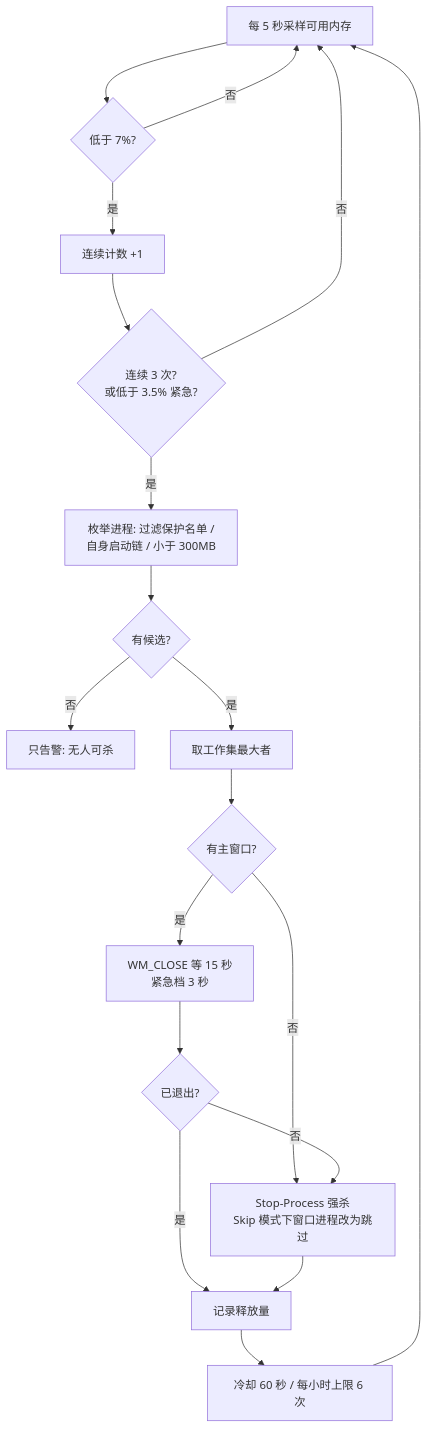
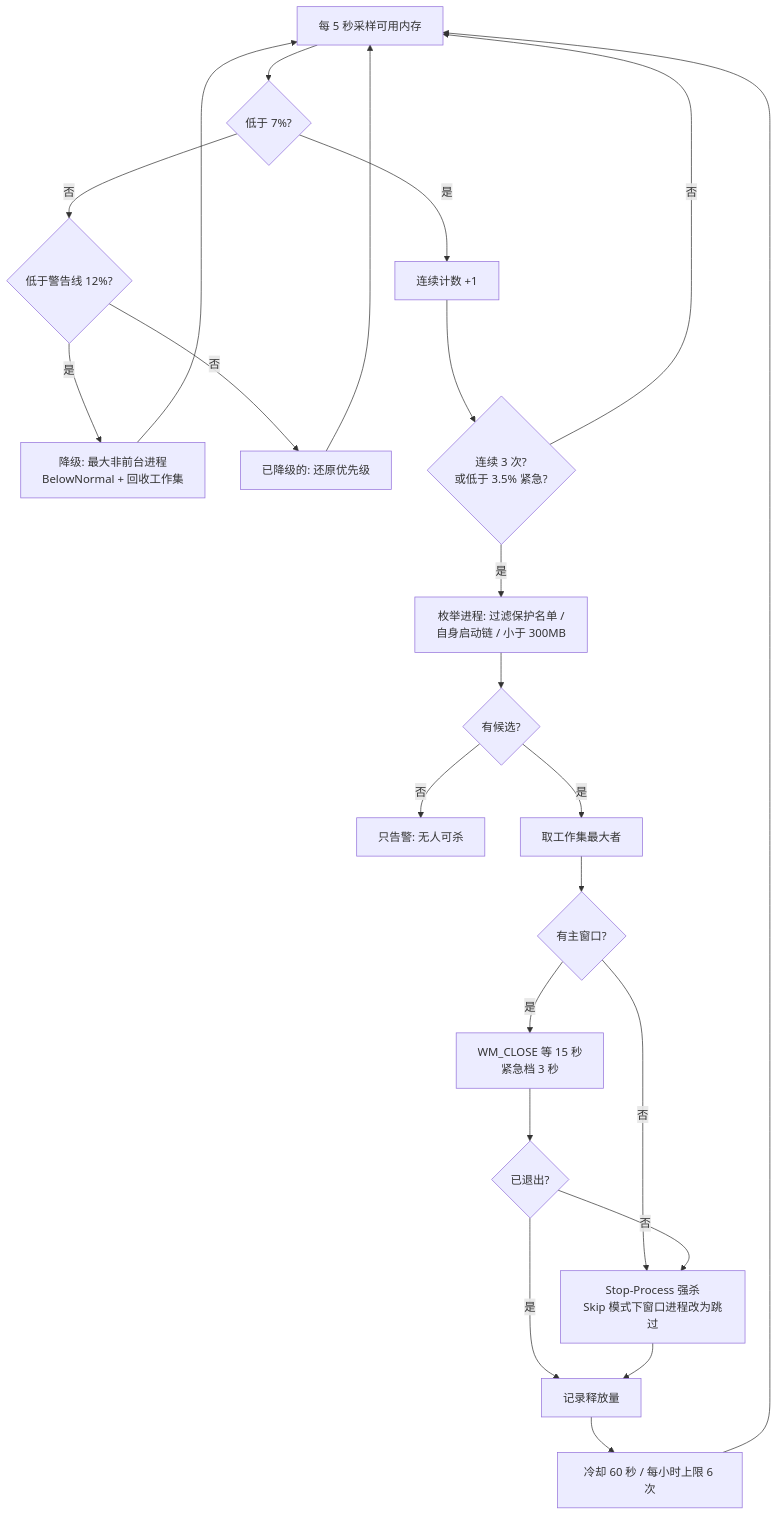
The diagram in README.md (joker1point/memfuse), drawn with Mermaid before and after one commit. The commit also changed other lines of this file and 4 other files, not shown here.

````diff
--- a/README.md
+++ b/README.md
@@ -94,21 +96,25 @@
 ```mermaid
 flowchart TD
     A[每 5 秒采样可用内存] --> B{低于 7%?}
-    B -->|否| A
+    B -->|否| B2{低于警告线 12%?}
+    B2 -->|是| B3[降级: 最大非前台进程<br/>BelowNormal + 回收工作集]
+    B3 --> A
+    B2 -->|否| B4[已降级的: 还原优先级]
+    B4 --> A
     B -->|是| C[连续计数 +1]
     C --> D{连续 3 次?<br/>或低于 3.5% 紧急?}
     D -->|否| A
     D -->|是| E[枚举进程: 过滤保护名单 /<br/>自身启动链 / 小于 300MB]
     E --> F{有候选?}
     F -->|否| G[只告警: 无人可杀]
     F -->|是| H[取工作集最大者]
     H --> I{有主窗口?}
     I -->|是| J[WM_CLOSE 等 15 秒<br/>紧急档 3 秒]
     I -->|否| K[Stop-Process 强杀<br/>Skip 模式下窗口进程改为跳过]
     J --> L{已退出?}
     L -->|否| K
     L -->|是| M[记录释放量]
     K --> M
     M --> N[冷却 60 秒 / 每小时上限 6 次]
     N --> A
 ```
````
